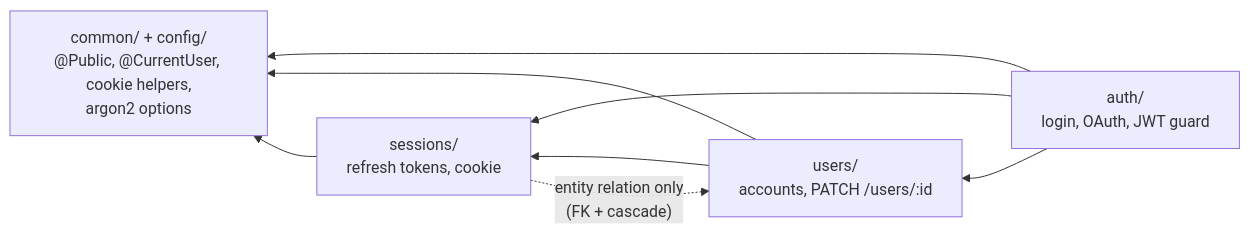
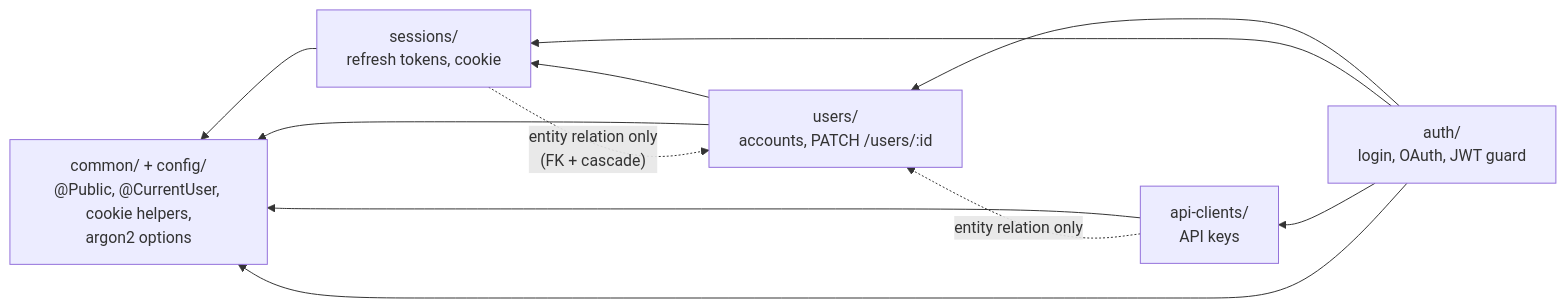
Before and after one commit to kidp8479/42_hypertube: the second of 15 diagrams in docs/diagrams/auth.md, drawn with Mermaid. The commit also changed other lines of this file and 7 other files, not shown here.

First line of the commit message:
docs(HYP-122): ADR-0015 on API keys, auth diagrams, defense docs

````diff
--- a/docs/diagrams/auth.md
+++ b/docs/diagrams/auth.md
@@ -59,10 +60,13 @@
 ```mermaid
 flowchart RL
     auth["auth/<br/>login, OAuth, JWT guard"] --> users["users/<br/>accounts, PATCH /users/:id"]
     auth --> sessions["sessions/<br/>refresh tokens, cookie"]
+    auth --> apiclients["api-clients/<br/>API keys"]
     users --> sessions
+    apiclients --> common
     auth --> common["common/ + config/<br/>@Public, @CurrentUser, cookie helpers,<br/>argon2 options"]
     users --> common
     sessions --> common
     sessions -. "entity relation only<br/>(FK + cascade)" .-> users
+    apiclients -. "entity relation only" .-> users
 ```
````
